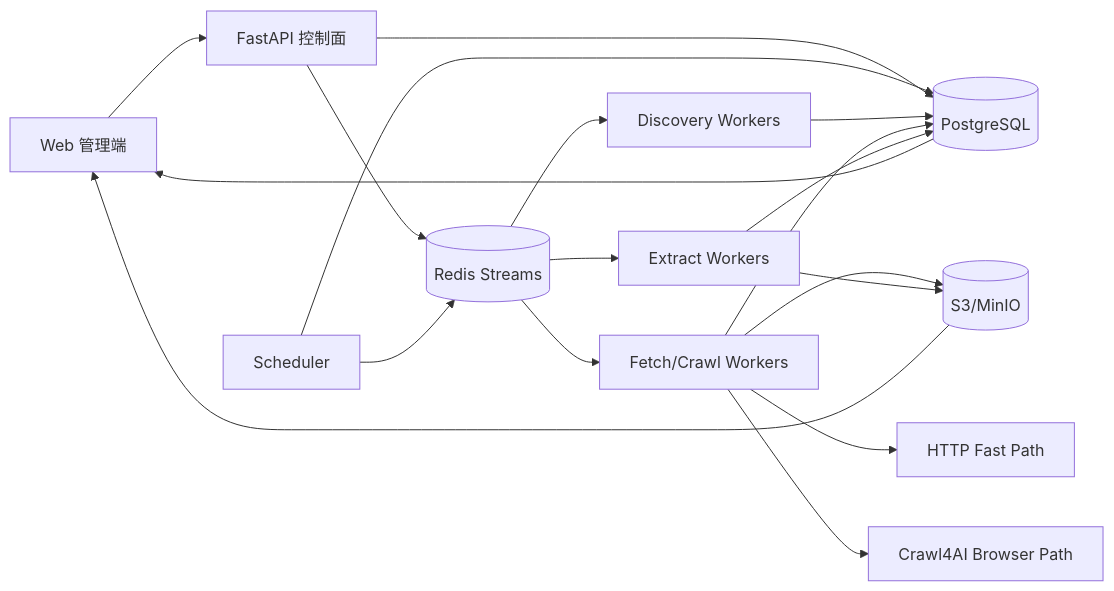
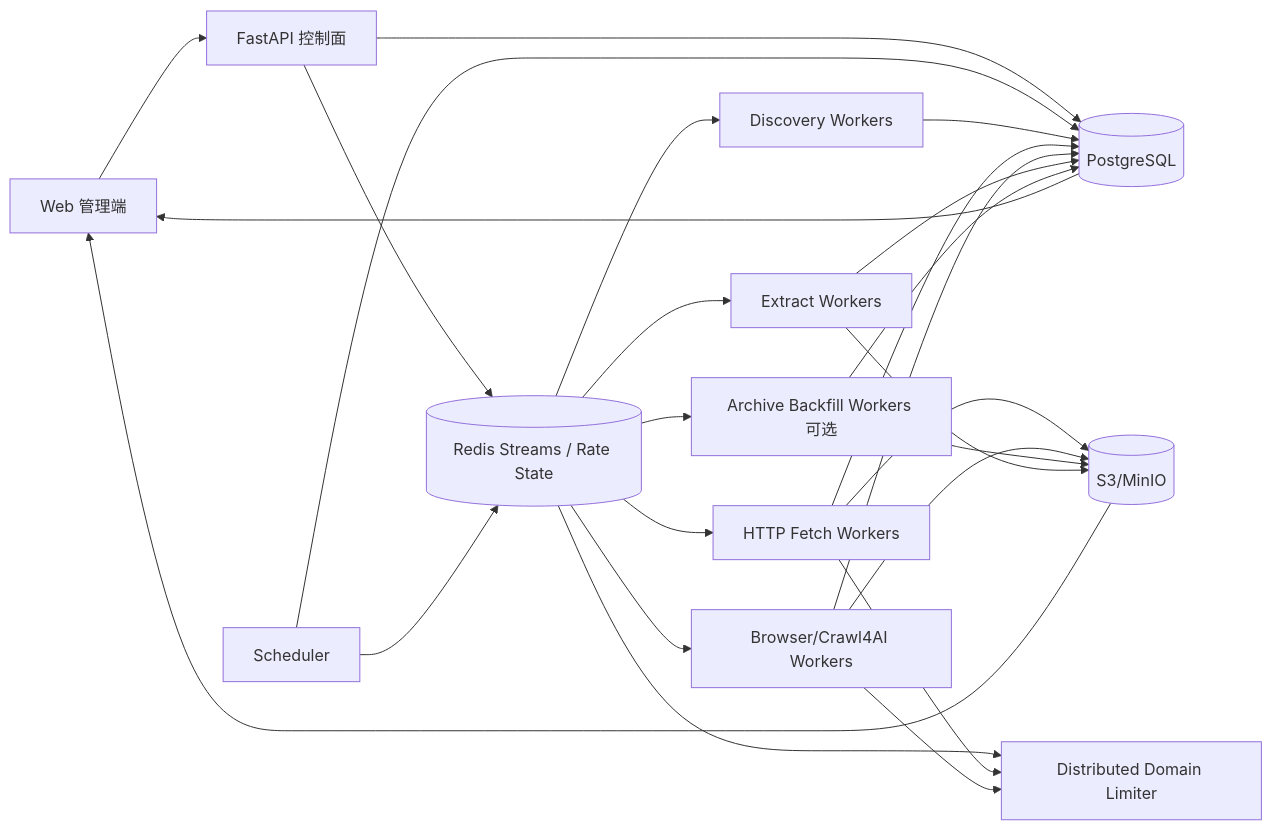
The diagram in 博客知识库技术方案.md (WorkerXu/my-doc), drawn with Mermaid before and after one commit. The commit also changed other lines of this file, not shown here.

````diff
--- a/博客知识库技术方案.md
+++ b/博客知识库技术方案.md
@@ -42,24 +64,32 @@
 ```mermaid
 flowchart LR
     UI[Web 管理端] --> API[FastAPI 控制面]
     API --> PG[(PostgreSQL)]
-    API --> REDIS[(Redis Streams)]
+    API --> REDIS[(Redis Streams / Rate State)]
     SCHED[Scheduler] --> PG
     SCHED --> REDIS
 
     REDIS --> DISC[Discovery Workers]
-    REDIS --> FETCH[Fetch/Crawl Workers]
-    REDIS --> EXTRACT[Extract Workers]
+    REDIS --> HF[HTTP Fetch Workers]
+    REDIS --> BF[Browser/Crawl4AI Workers]
+    REDIS --> EX[Extract Workers]
+    REDIS --> ARCH[Archive Backfill Workers 可选]
 
     DISC --> PG
-    FETCH --> S3[(S3/MinIO)]
-    FETCH --> PG
-    EXTRACT --> S3
-    EXTRACT --> PG
+    HF --> S3[(S3/MinIO)]
+    BF --> S3
+    ARCH --> S3
+    EX --> S3
 
-    FETCH --> HTTP[HTTP Fast Path]
-    FETCH --> C4AI[Crawl4AI Browser Path]
+    HF --> PG
+    BF --> PG
+    EX --> PG
+    ARCH --> PG
+
+    REDIS --> LIMIT[Distributed Domain Limiter]
+    HF --> LIMIT
+    BF --> LIMIT
 
     PG --> UI
     S3 --> UI
 ```
````
